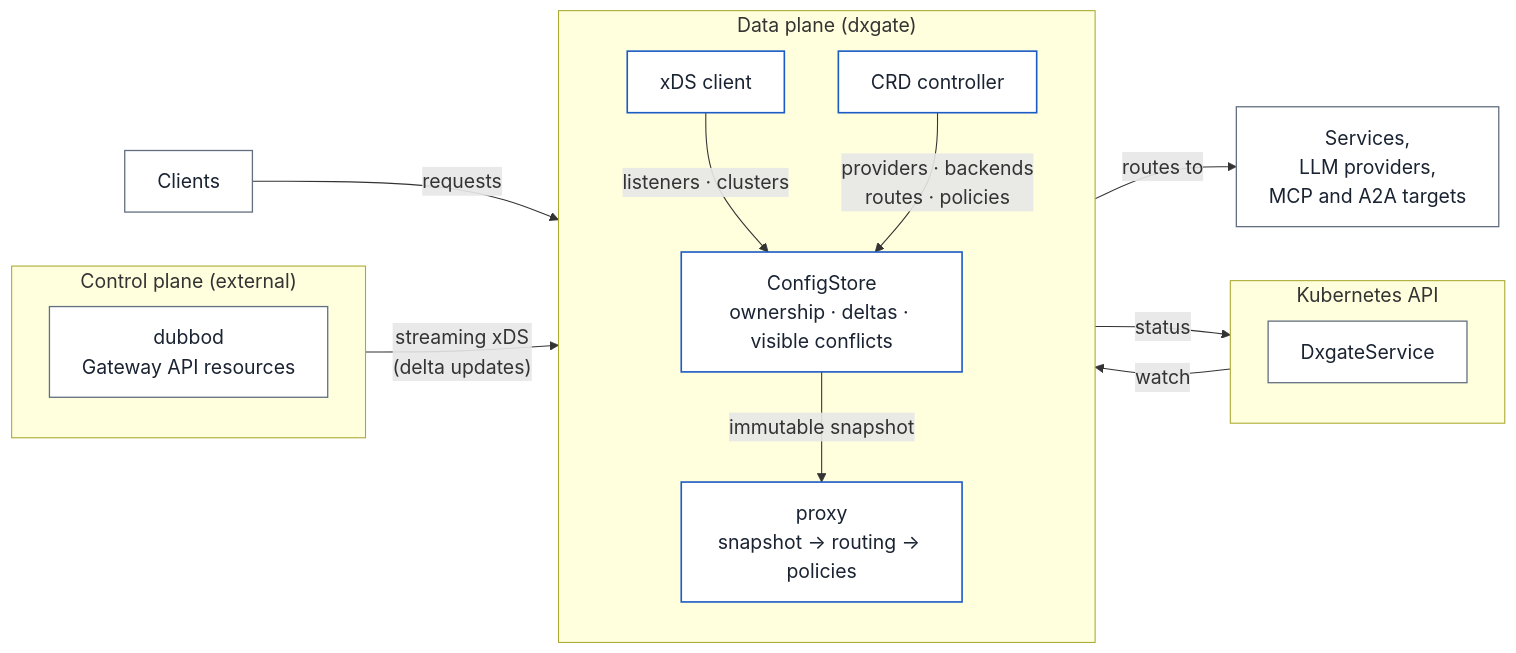
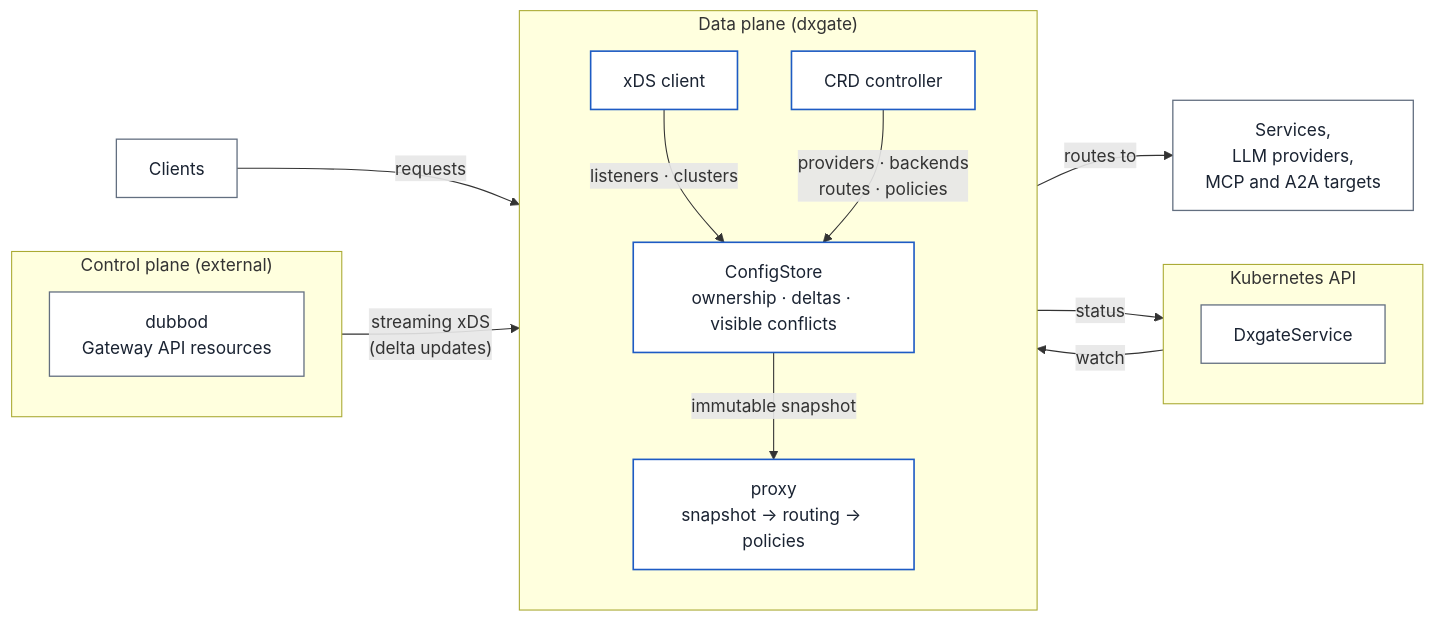
One commit to dsmlx/dsmlx.github.io changed the diagram in docs/dxgate/architecture.en.md. Above: the diagram before and after it, drawn with Mermaid. The commit also changed 11 other files, not shown here.

Commit message:
docs: make Mermaid diagrams responsive

````diff
--- a/docs/dxgate/architecture.en.md
+++ b/docs/dxgate/architecture.en.md
@@ -5,38 +5,37 @@
 ```mermaid
-%%{init: {"themeVariables": {"fontSize": "18px"}}}%%
 flowchart LR
   subgraph cp["Control plane (external)"]
     direction TB
     dubbod["dubbod<br/>Gateway API resources"]
   end
 
   subgraph kube["Kubernetes API"]
     direction TB
     crd["DxgateService"]
   end
 
   subgraph dp["Data plane (dxgate)"]
     direction TB
     xds["xDS client"]
     informer["CRD controller"]
     store["ConfigStore<br/>ownership · deltas · visible conflicts"]
     proxy["proxy<br/>snapshot → routing → policies"]
   end
 
   clients["Clients"]
   targets["Services,<br/>LLM providers,<br/>MCP and A2A targets"]
 
   dubbod -- "streaming xDS<br/>(delta updates)" --> xds
   crd -- "watch" --> informer
   informer -- "status" --> crd
   xds -- "listeners · clusters" --> store
   informer -- "providers · backends<br/>routes · policies" --> store
   store -- "immutable snapshot" --> proxy
   clients -- "requests" --> proxy
   proxy -- "routes to" --> targets
 
   classDef ext fill:#FFFFFF,stroke:#636F80,stroke-width:1.2px,color:#1A2332;
   classDef core fill:#FFFFFF,stroke:#1D5BC4,stroke-width:1.5px,color:#1A2332;
   class dubbod,crd,clients,targets ext;
   class xds,informer,store,proxy core;
 ```
````
